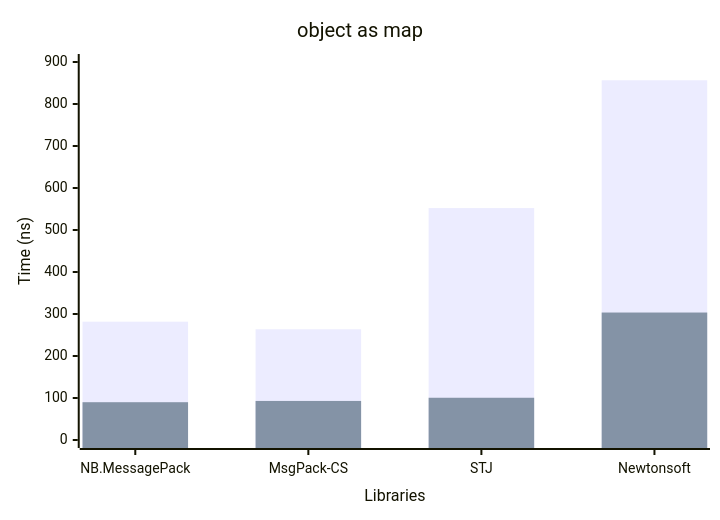
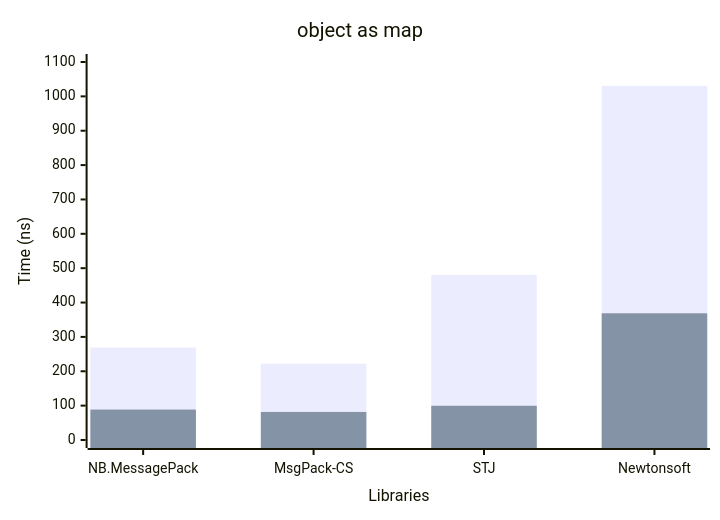
One commit to AArnott/Nerdbank.MessagePack changed the first of 4 diagrams in docfx/docs/perf.md. Above: the diagram before and after it, drawn with Mermaid. The commit also changed other lines of this file and 17 other files, not shown here.

````diff
--- a/docfx/docs/perf.md
+++ b/docfx/docs/perf.md
@@ -28,8 +28,8 @@
 ```mermaid
 xychart-beta
      x-axis "Libraries" ["NB.MessagePack", "MsgPack-CS", "STJ", "Newtonsoft"]
-     y-axis "Time (ns)" 0 --> 900
+     y-axis "Time (ns)" 0 --> 1100
      title "object as map"
-     bar "Serialize+Deserialize" [281.69,263.65,552.22,856.47]
-     bar "Serialize" [89.98,92.99,100.59,303.5]
+     bar "Serialize+Deserialize" [269.13,222.12,480.03,1030.56]
+     bar "Serialize" [88.53,81.61,99.59,368.74]
  ```
````
